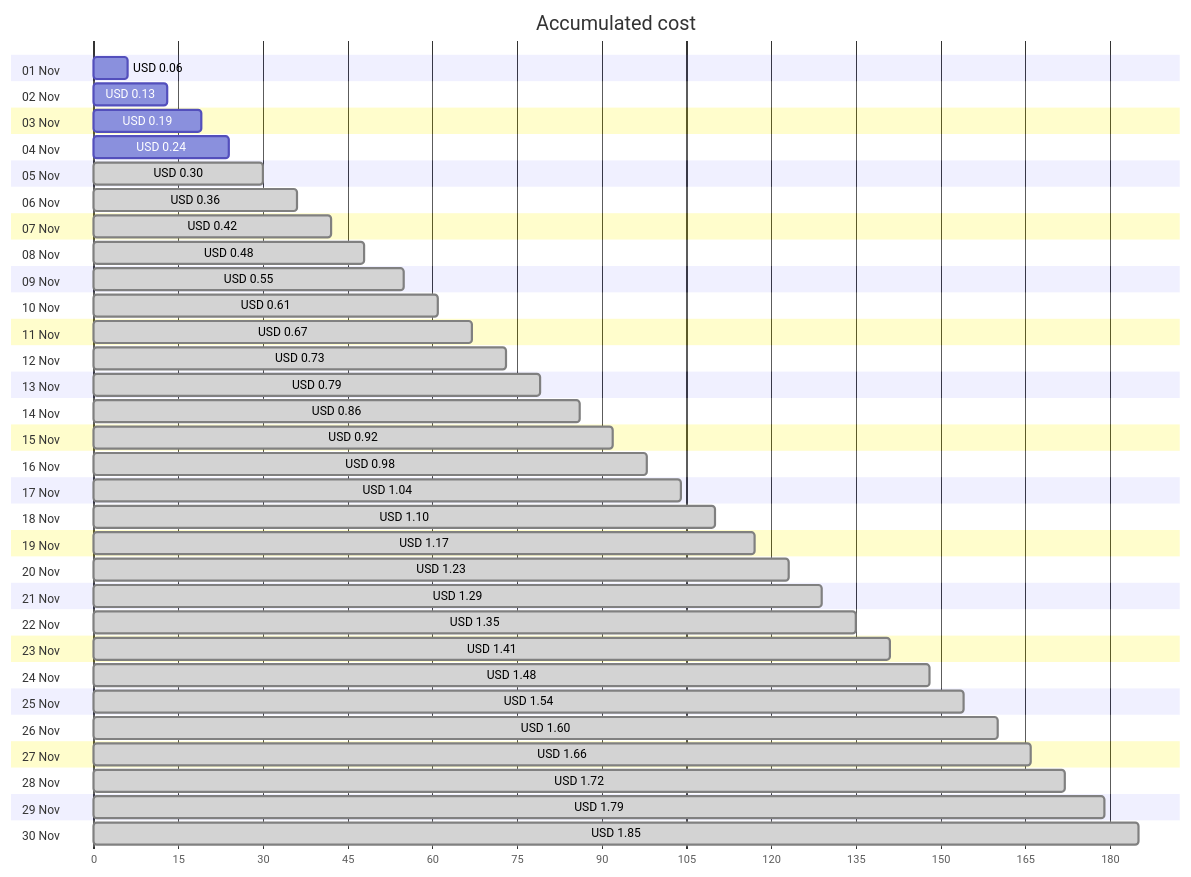
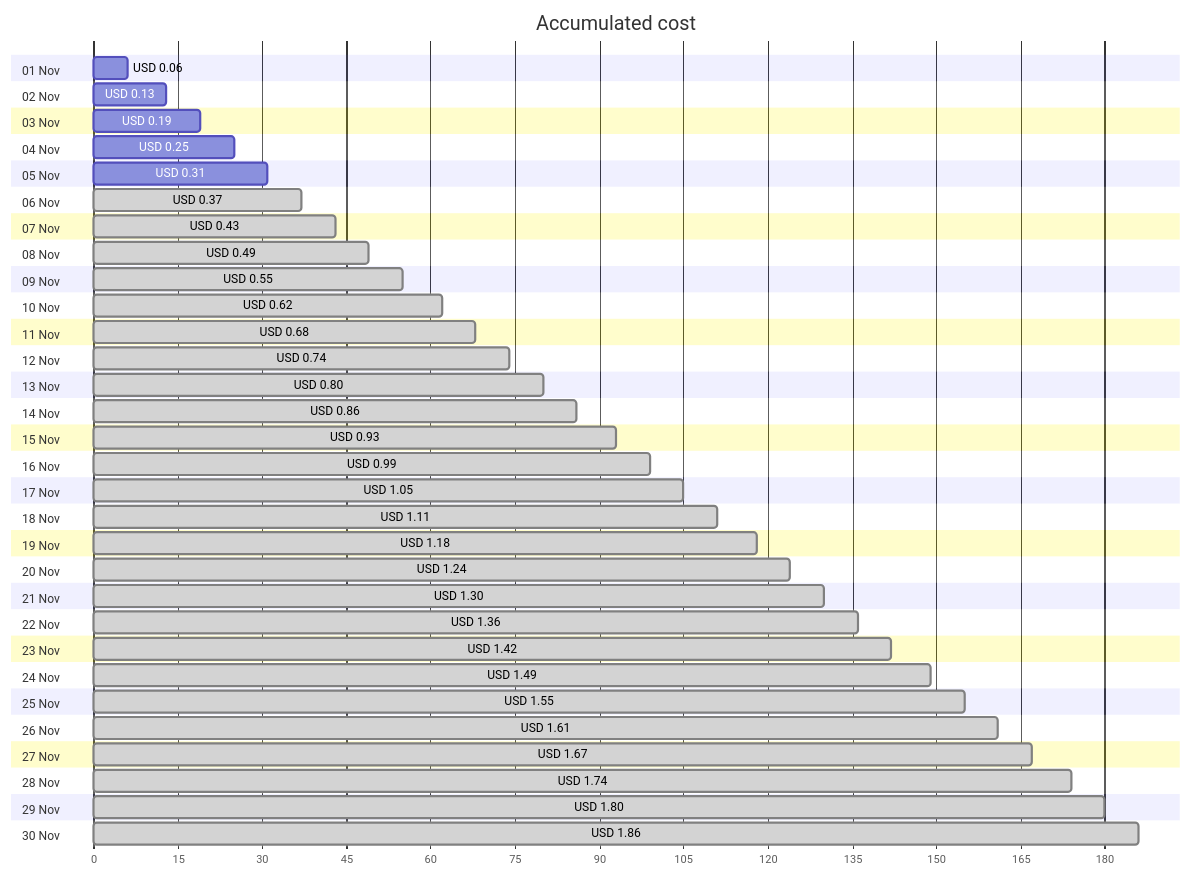
One commit to jpfulton/azure-personal-reports changed the first of 4 diagrams in cost-reports/personal-network/backup-server_OsDisk.md. Above: the diagram before and after it, drawn with Mermaid. The commit also changed other lines of this file and 8 other files, not shown here.

````diff
--- a/cost-reports/personal-network/backup-server_OsDisk.md
+++ b/cost-reports/personal-network/backup-server_OsDisk.md
@@ -20,66 +20,66 @@
 ```mermaid
 gantt
    title Accumulated cost
    dateFormat  X
    axisFormat %s
    section 01 Nov
    USD 0.06 :0, 6
    section 02 Nov
    USD 0.13 :0, 13
    section 03 Nov
    USD 0.19 :0, 19
    section 04 Nov
-   USD 0.24 :0, 24
+   USD 0.25 :0, 25
    section 05 Nov
-   USD 0.30 : done, 0, 30
+   USD 0.31 :0, 31
    section 06 Nov
-   USD 0.36 : done, 0, 36
+   USD 0.37 : done, 0, 37
    section 07 Nov
-   USD 0.42 : done, 0, 42
+   USD 0.43 : done, 0, 43
    section 08 Nov
-   USD 0.48 : done, 0, 48
+   USD 0.49 : done, 0, 49
    section 09 Nov
    USD 0.55 : done, 0, 55
    section 10 Nov
-   USD 0.61 : done, 0, 61
+   USD 0.62 : done, 0, 62
    section 11 Nov
-   USD 0.67 : done, 0, 67
+   USD 0.68 : done, 0, 68
    section 12 Nov
-   USD 0.73 : done, 0, 73
+   USD 0.74 : done, 0, 74
    section 13 Nov
-   USD 0.79 : done, 0, 79
+   USD 0.80 : done, 0, 80
    section 14 Nov
    USD 0.86 : done, 0, 86
    section 15 Nov
-   USD 0.92 : done, 0, 92
+   USD 0.93 : done, 0, 93
    section 16 Nov
-   USD 0.98 : done, 0, 98
+   USD 0.99 : done, 0, 99
    section 17 Nov
-   USD 1.04 : done, 0, 104
+   USD 1.05 : done, 0, 105
    section 18 Nov
-   USD 1.10 : done, 0, 110
+   USD 1.11 : done, 0, 111
    section 19 Nov
-   USD 1.17 : done, 0, 117
+   USD 1.18 : done, 0, 118
    section 20 Nov
-   USD 1.23 : done, 0, 123
+   USD 1.24 : done, 0, 124
    section 21 Nov
-   USD 1.29 : done, 0, 129
+   USD 1.30 : done, 0, 130
    section 22 Nov
-   USD 1.35 : done, 0, 135
+   USD 1.36 : done, 0, 136
    section 23 Nov
-   USD 1.41 : done, 0, 141
+   USD 1.42 : done, 0, 142
    section 24 Nov
-   USD 1.48 : done, 0, 148
+   USD 1.49 : done, 0, 149
    section 25 Nov
-   USD 1.54 : done, 0, 154
+   USD 1.55 : done, 0, 155
    section 26 Nov
-   USD 1.60 : done, 0, 160
+   USD 1.61 : done, 0, 161
    section 27 Nov
-   USD 1.66 : done, 0, 166
+   USD 1.67 : done, 0, 167
    section 28 Nov
-   USD 1.72 : done, 0, 172
+   USD 1.74 : done, 0, 174
    section 29 Nov
-   USD 1.79 : done, 0, 179
+   USD 1.80 : done, 0, 180
    section 30 Nov
-   USD 1.85 : done, 0, 185
+   USD 1.86 : done, 0, 186
 ```
````
